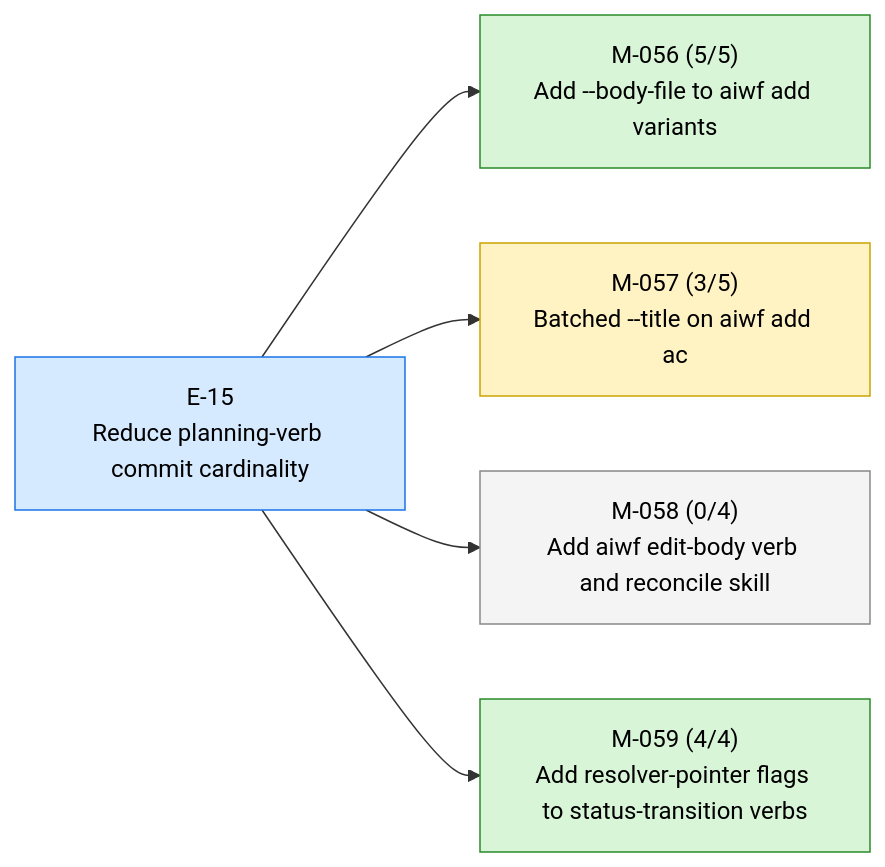
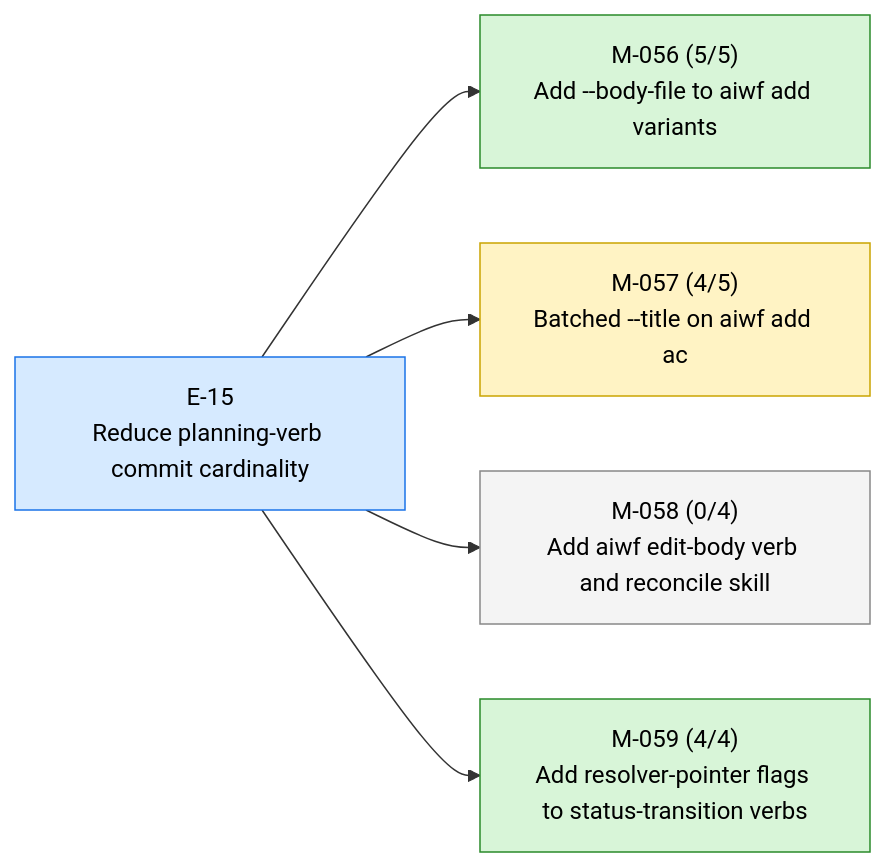
Before and after one commit to 23min/aiwf: the first of 3 diagrams in STATUS.md, drawn with Mermaid. The commit also changed other lines of this file and 1 other file, not shown here.

First line of the commit message:
aiwf promote M-057/AC-4 open -> met

````diff
--- a/STATUS.md
+++ b/STATUS.md
@@ -14,18 +14,18 @@
 ```mermaid
 flowchart LR
   E_15["E-15<br/>Reduce planning-verb commit cardinality"]:::epic_active
   M_056["M-056 (5/5)<br/>Add --body-file to aiwf add variants"]:::ms_done
   E_15 --> M_056
-  M_057["M-057 (3/5)<br/>Batched --title on aiwf add ac"]:::ms_in_progress
+  M_057["M-057 (4/5)<br/>Batched --title on aiwf add ac"]:::ms_in_progress
   E_15 --> M_057
   M_058["M-058 (0/4)<br/>Add aiwf edit-body verb and reconcile skill"]:::ms_draft
   E_15 --> M_058
   M_059["M-059 (4/4)<br/>Add resolver-pointer flags to status-transition verbs"]:::ms_done
   E_15 --> M_059
   classDef epic_active fill:#d6eaff,stroke:#1a73e8,color:#000
   classDef epic_proposed fill:#f4f4f4,stroke:#888,color:#000
   classDef ms_done fill:#d8f5d8,stroke:#2a8a2a,color:#000
   classDef ms_in_progress fill:#fff3c4,stroke:#caa400,color:#000
   classDef ms_draft fill:#f4f4f4,stroke:#888,color:#000
   classDef ms_cancelled fill:#fbeaea,stroke:#c33,color:#000
 ```
````
